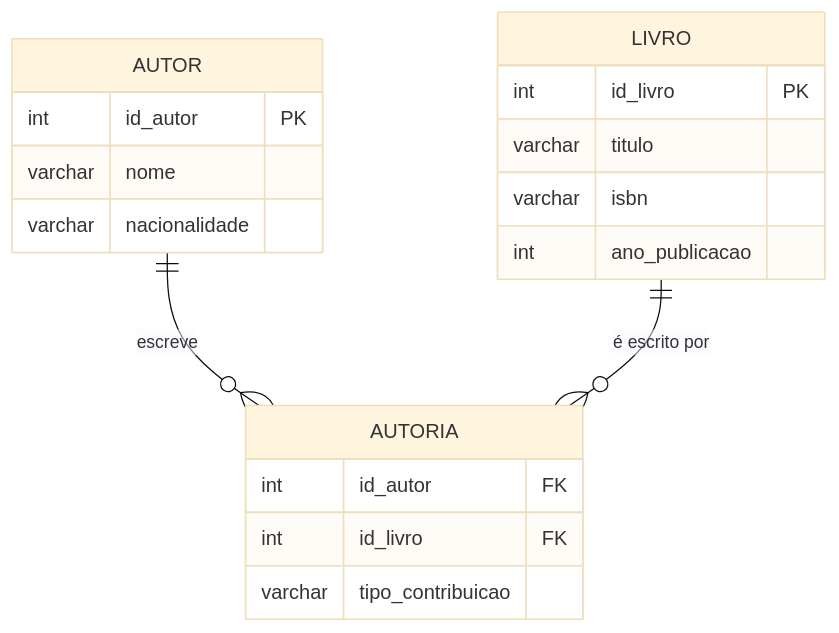
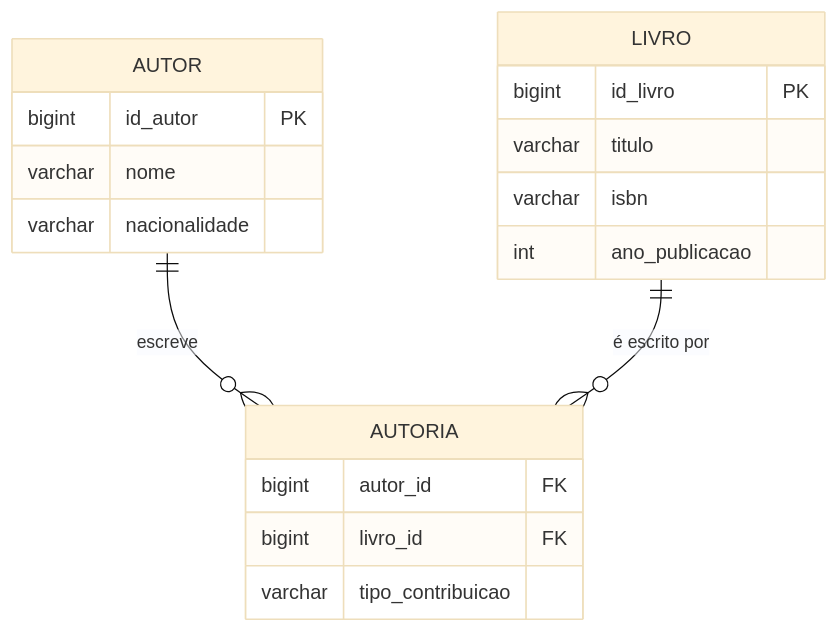
One commit to DSM-Fatec-Jahu/Banco-de-Dados-Relacional-IBD015 changed the eighth of 12 diagrams in aulas/Cardinalidade_MER_Completo.md. Above: the diagram before and after it, drawn with Mermaid (base theme). The commit also changed other lines of this file and 13 other files, not shown here.

````diff
--- a/aulas/Cardinalidade_MER_Completo.md
+++ b/aulas/Cardinalidade_MER_Completo.md
@@ -386,24 +386,24 @@
 ```mermaid
 erDiagram
     AUTOR {
-        int id_autor PK
+        bigint id_autor PK
         varchar nome
         varchar nacionalidade
     }
 
     LIVRO {
-        int id_livro PK
+        bigint id_livro PK
         varchar titulo
         varchar isbn
         int ano_publicacao
     }
 
     AUTORIA {
-        int id_autor FK
-        int id_livro FK
+        bigint autor_id FK
+        bigint livro_id FK
         varchar tipo_contribuicao
     }
 
     AUTOR ||--o{ AUTORIA : "escreve"
     LIVRO ||--o{ AUTORIA : "é escrito por"
 ```
````
